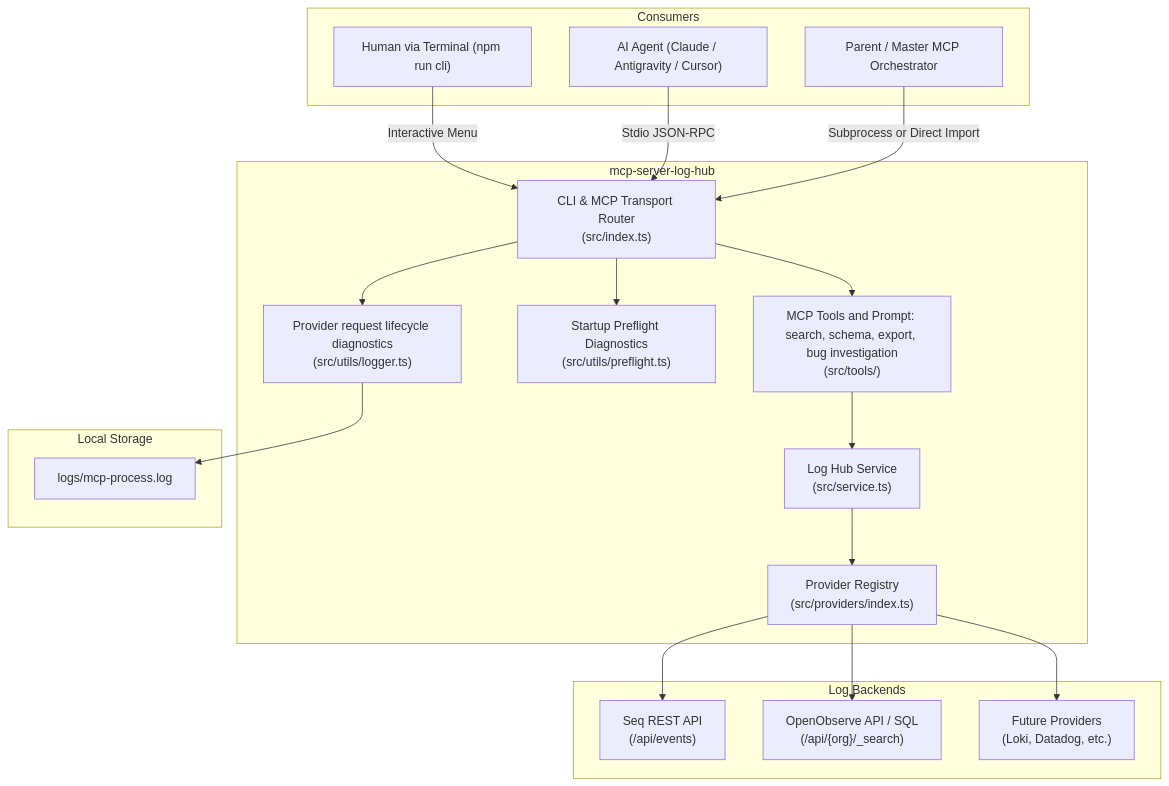
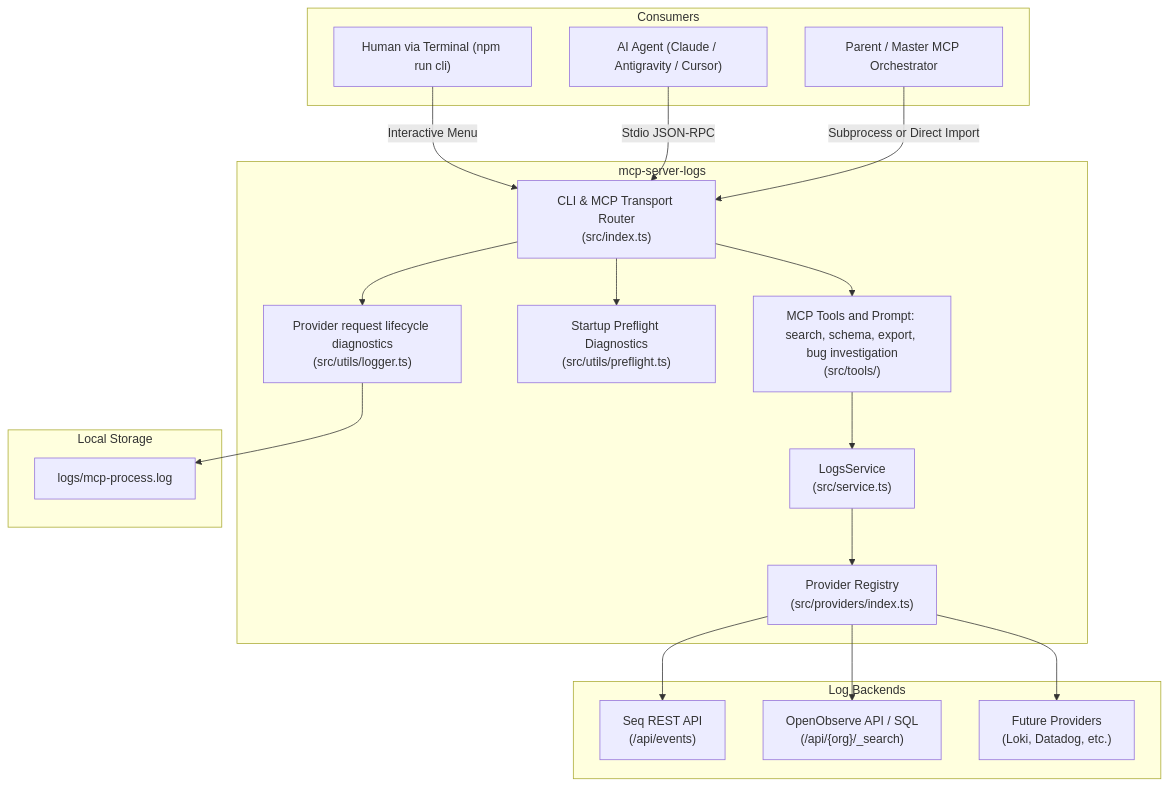
The first of 3 diagrams in docs/ARCHITECTURE.md (Ninh-Duong/mcp-server-log-hub), drawn with Mermaid before and after one commit. The commit also changed other lines of this file and 29 other files, not shown here.

First line of the commit message:
refactor!: rename to mcp-server-logs; one server for every OpenObserve env

````diff
--- a/docs/ARCHITECTURE.md
+++ b/docs/ARCHITECTURE.md
@@ -7,42 +7,42 @@
 ```mermaid
 flowchart TD
     subgraph Clients["Consumers"]
         CLI["Human via Terminal (npm run cli)"]
         AI["AI Agent (Claude / Antigravity / Cursor)"]
         MasterMCP["Parent / Master MCP Orchestrator"]
     end
 
-    subgraph CoreHub["mcp-server-log-hub"]
+    subgraph CoreHub["mcp-server-logs"]
         Router["CLI & MCP Transport Router\n(src/index.ts)"]
         Tools["MCP Tools and Prompt: search, schema, export, bug investigation\n(src/tools/)"]
-        Service["Log Hub Service\n(src/service.ts)"]
+        Service["LogsService\n(src/service.ts)"]
         Registry["Provider Registry\n(src/providers/index.ts)"]
         Preflight["Startup Preflight Diagnostics\n(src/utils/preflight.ts)"]
         Logger["Provider request lifecycle diagnostics\n(src/utils/logger.ts)"]
     end
 
     subgraph Providers["Log Backends"]
         SeqAPI["Seq REST API\n(/api/events)"]
         ObserveAPI["OpenObserve API / SQL\n(/api/{org}/_search)"]
         FutureAPI["Future Providers\n(Loki, Datadog, etc.)"]
     end
 
     subgraph Storage["Local Storage"]
         LogFile["logs/mcp-process.log"]
     end
 
     CLI -->|Interactive Menu| Router
     AI -->|Stdio JSON-RPC| Router
     MasterMCP -->|Subprocess or Direct Import| Router
 
     Router --> Tools
     Tools --> Service
     Service --> Registry
     Registry --> SeqAPI
     Registry --> ObserveAPI
     Registry --> FutureAPI
 
     Router --> Preflight
     Router --> Logger
     Logger --> LogFile
 ```
````
